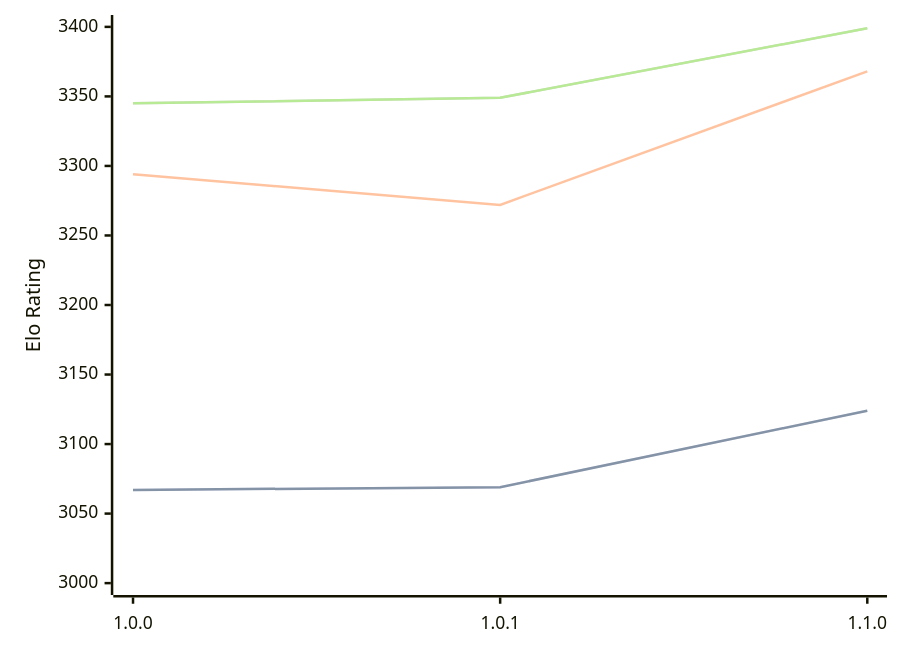
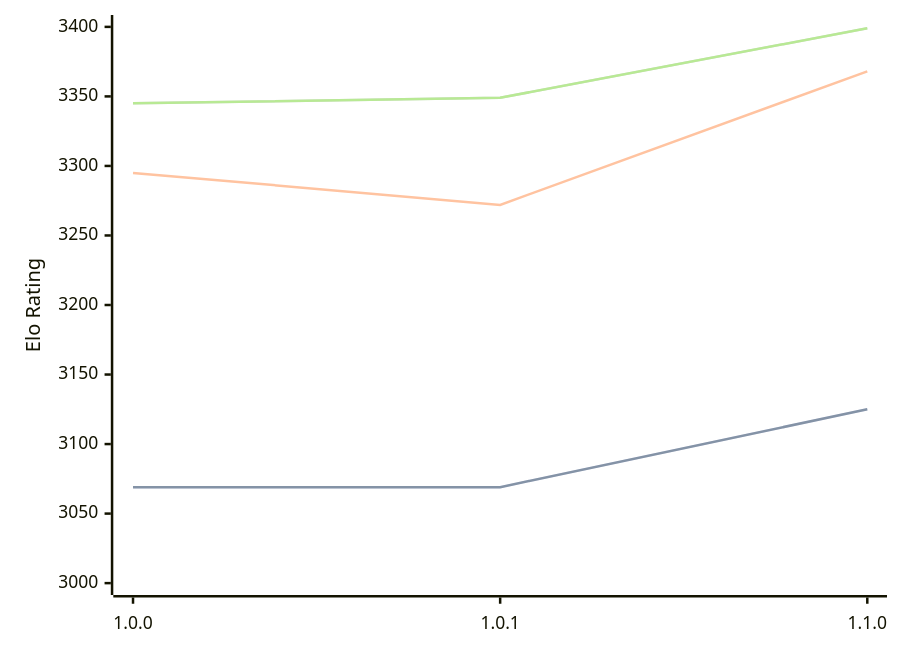
One commit to computer-chess-index/cci changed the diagram in engines/Ursus.md. Above: the diagram before and after it, drawn with Mermaid. The commit also changed other lines of this file, not shown here.

````diff
--- a/engines/Ursus.md
+++ b/engines/Ursus.md
@@ -33,11 +33,11 @@
 ```mermaid
 %%{init: {"theme":"base","themeVariables":{"seriesColors:['#a3a3a3','#222221','#faa371']}}}%%
 xychart-beta
   x-axis ["1.0.0", "1.0.1", "1.1.0"]
   y-axis "Elo Rating" 3000 --> 3400
-  line "" [3067, 3069, 3124]
-  line "STC (8.0+0.08s)" [3067, 3069, 3124]
-  line "LTC (60.0+0.60s)" [3294, 3272, 3368]
+  line "" [3069, 3069, 3125]
+  line "STC (8.0+0.08s)" [3069, 3069, 3125]
+  line "LTC (60.0+0.60s)" [3295, 3272, 3368]
   line "" [3345, 3349, 3399]
   line "VLTC (2m24s+1.12s)" [3345, 3349, 3399]
 ```
````
